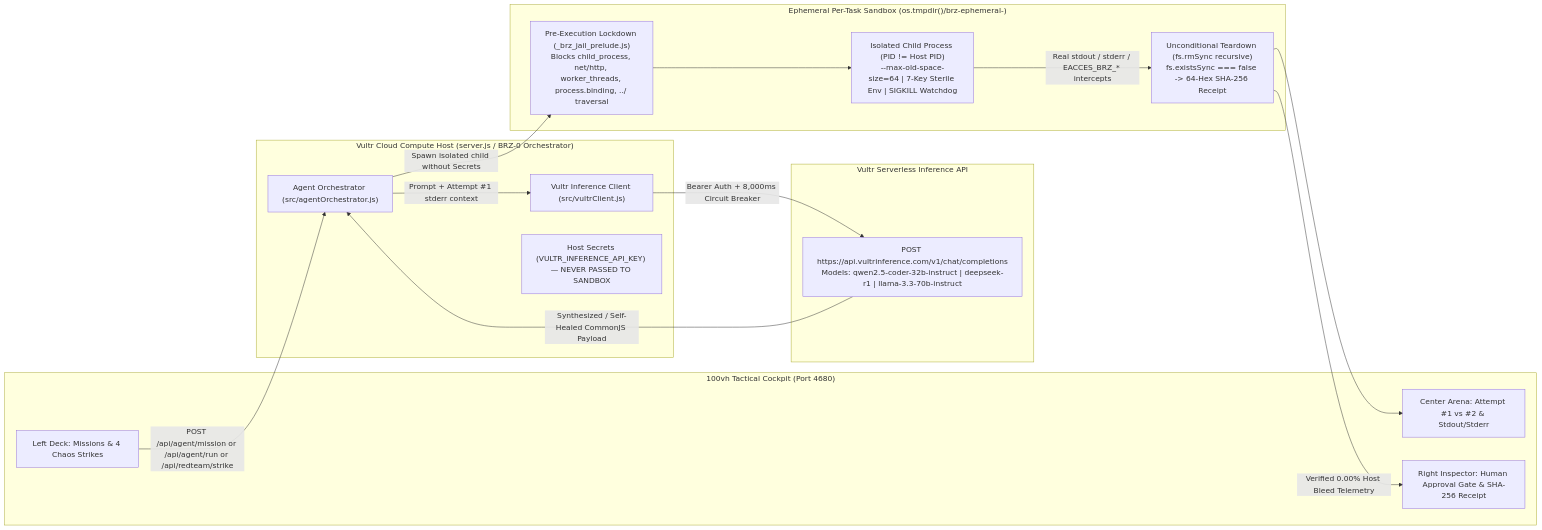
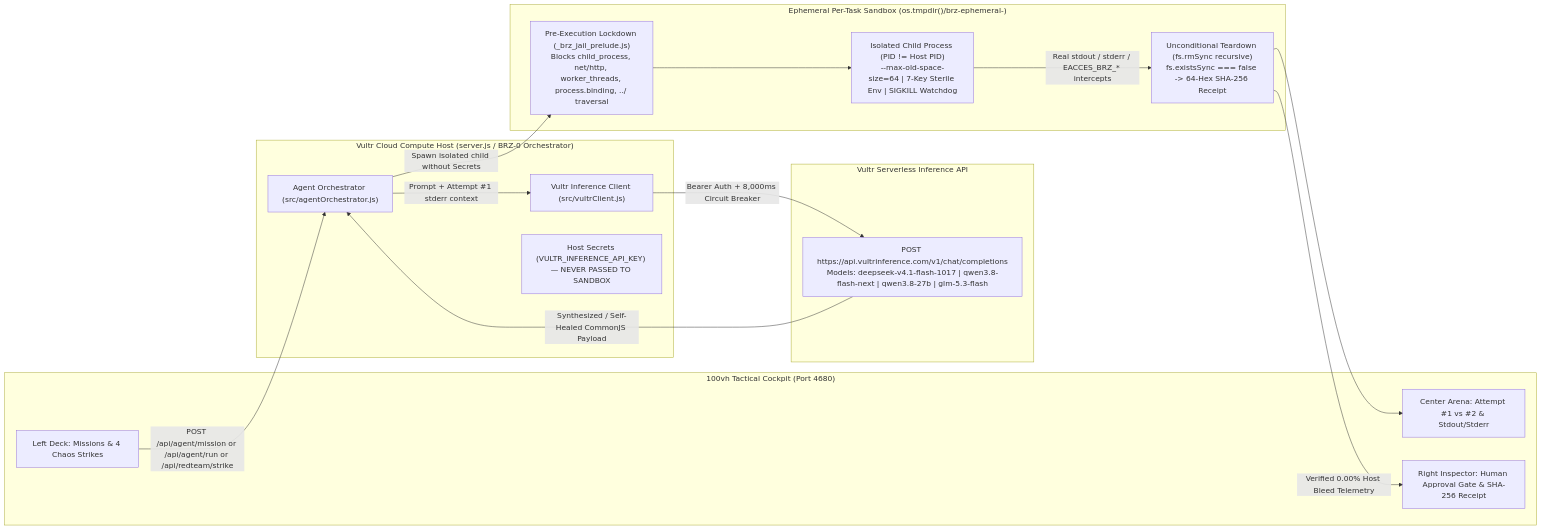
The diagram in README.md (romanfjose/VultrBlastRadiusZero), drawn with Mermaid before and after one commit. The commit also changed other lines of this file and 2 other files, not shown here.

````diff
--- a/README.md
+++ b/README.md
@@ -49,34 +49,34 @@
 ```mermaid
 flowchart LR
     subgraph Cockpit["100vh Tactical Cockpit (Port 4680)"]
         UI["Left Deck: Missions & 4 Chaos Strikes"]
         Arena["Center Arena: Attempt #1 vs #2 & Stdout/Stderr"]
         Gate["Right Inspector: Human Approval Gate & SHA-256 Receipt"]
     end
 
     subgraph Host["Vultr Cloud Compute Host (server.js / BRZ-0 Orchestrator)"]
         Orch["Agent Orchestrator (src/agentOrchestrator.js)"]
         VClient["Vultr Inference Client (src/vultrClient.js)"]
         Secrets["Host Secrets (VULTR_INFERENCE_API_KEY) — NEVER PASSED TO SANDBOX"]
     end
 
     subgraph VultrCloud["Vultr Serverless Inference API"]
-        VAPI["POST https://api.vultrinference.com/v1/chat/completions\nModels: qwen2.5-coder-32b-instruct | deepseek-r1 | llama-3.3-70b-instruct"]
+        VAPI["POST https://api.vultrinference.com/v1/chat/completions\nModels: deepseek-v4.1-flash-1017 | qwen3.8-flash-next | qwen3.8-27b | glm-5.3-flash"]
     end
 
     subgraph Sandbox["Ephemeral Per-Task Sandbox (os.tmpdir()/brz-ephemeral-<runId>)"]
         Prelude["Pre-Execution Lockdown (_brz_jail_prelude.js)\nBlocks child_process, net/http, worker_threads, process.binding, ../ traversal"]
         Child["Isolated Child Process (PID != Host PID)\n--max-old-space-size=64 | 7-Key Sterile Env | SIGKILL Watchdog"]
         Wipe["Unconditional Teardown (fs.rmSync recursive)\nfs.existsSync === false -> 64-Hex SHA-256 Receipt"]
     end
 
     UI -->|POST /api/agent/mission or /api/agent/run or /api/redteam/strike| Orch
     Orch -->|Prompt + Attempt #1 stderr context| VClient
     VClient -->|Bearer Auth + 8,000ms Circuit Breaker| VAPI
     VAPI -->|Synthesized / Self-Healed CommonJS Payload| Orch
     Orch -->|Spawn isolated child without Secrets| Prelude
     Prelude --> Child
     Child -->|Real stdout / stderr / EACCES_BRZ_* intercepts| Wipe
     Wipe -->|Verified 0.00% Host Bleed Telemetry| Gate
     Wipe --> Arena
 ```
````
